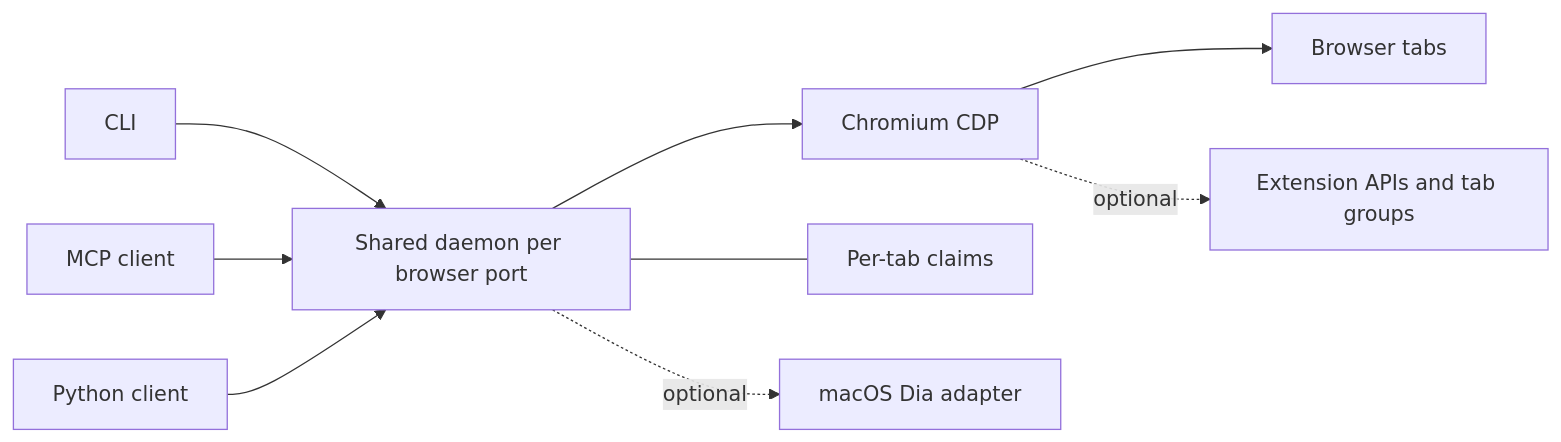
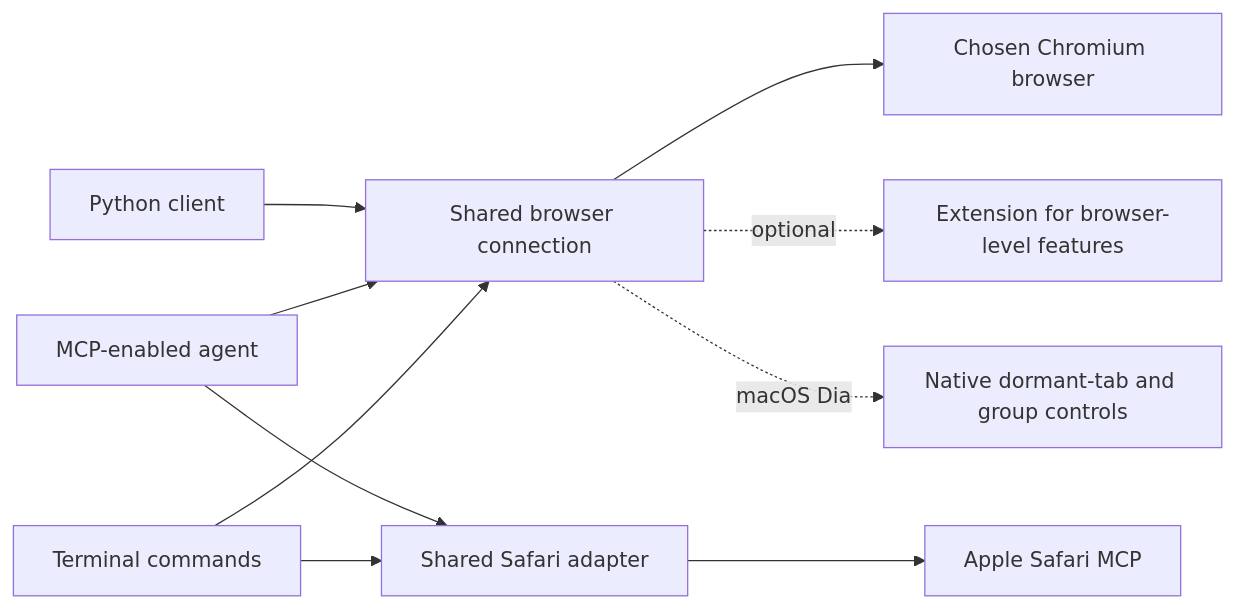
Before and after one commit to seahyc/browserctrl: the diagram in README.md, drawn with Mermaid. The commit also changed other lines of this file and 23 other files, not shown here.

Commit message:
Add Windows transport and Safari MCP adapters with agent setup guidance

````diff
--- a/README.md
+++ b/README.md
@@ -60,11 +98,12 @@
 ```mermaid
 flowchart LR
-    CLI[CLI] --> Pool[Shared daemon per browser port]
-    MCP[MCP client] --> Pool
-    Python[Python client] --> Pool
-    Pool --> CDP[Chromium CDP]
-    Pool --- Claims[Per-tab claims]
-    CDP --> Tabs[Browser tabs]
-    CDP -. optional .-> Extension[Extension APIs and tab groups]
-    Pool -. optional .-> Native[macOS Dia adapter]
+    CLI[Terminal commands] --> Shared[Shared browser connection]
+    MCP[MCP-enabled agent] --> Shared
+    Py[Python client] --> Shared
+    Shared --> Chromium[Chosen Chromium browser]
+    CLI --> SafariPool[Shared Safari adapter]
+    MCP --> SafariPool
+    SafariPool --> Apple[Apple Safari MCP]
+    Shared -. optional .-> Ext[Extension for browser-level features]
+    Shared -. macOS Dia .-> Dia[Native dormant-tab and group controls]
 ```
````
